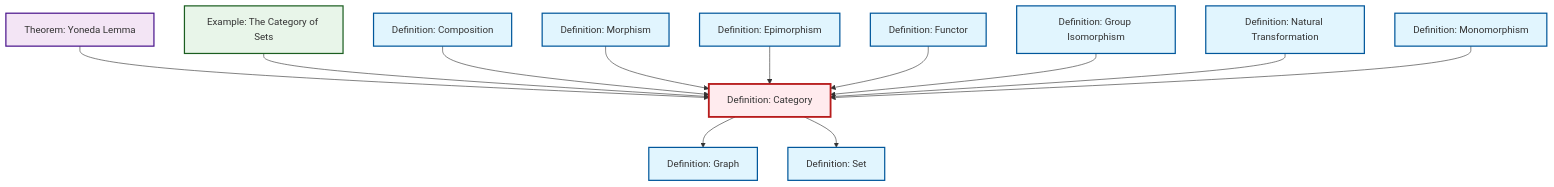
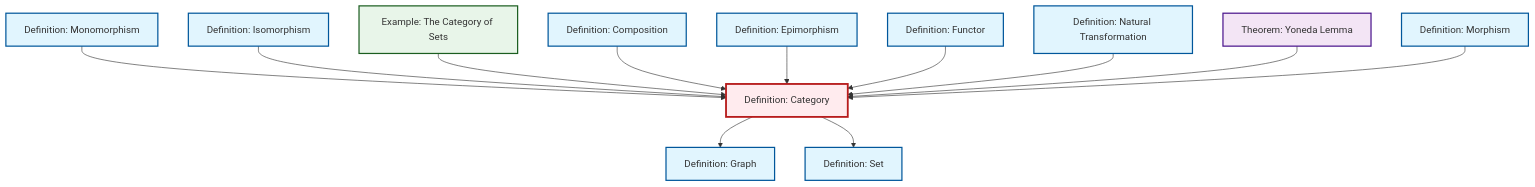
Before and after one commit to RK0429/ModernMath: the diagram in content/en/category-theory/def-category.qmd, drawn with Mermaid. The commit also changed 1069 other files, not shown here.

````diff
--- a/content/en/category-theory/def-category.qmd
+++ b/content/en/category-theory/def-category.qmd
@@ -47,44 +47,44 @@
 ```{mermaid}
 %%| fig-cap: "Local dependency graph"
 graph TD
     classDef definition fill:#e1f5fe,stroke:#01579b,stroke-width:2px
     classDef theorem fill:#f3e5f5,stroke:#4a148c,stroke-width:2px
     classDef axiom fill:#fff3e0,stroke:#e65100,stroke-width:2px
     classDef example fill:#e8f5e9,stroke:#1b5e20,stroke-width:2px
     classDef current fill:#ffebee,stroke:#b71c1c,stroke-width:3px
+    def-monomorphism["Definition: Monomorphism"]:::definition
+    def-category["Definition: Category"]:::definition
+    def-graph["Definition: Graph"]:::definition
     def-set["Definition: Set"]:::definition
-    def-graph["Definition: Graph"]:::definition
-    def-isomorphism["Definition: Group Isomorphism"]:::definition
-    def-functor["Definition: Functor"]:::definition
+    thm-yoneda["Theorem: Yoneda Lemma"]:::theorem
+    def-epimorphism["Definition: Epimorphism"]:::definition
+    def-isomorphism["Definition: Isomorphism"]:::definition
     def-natural-transformation["Definition: Natural Transformation"]:::definition
-    def-epimorphism["Definition: Epimorphism"]:::definition
-    def-category["Definition: Category"]:::definition
-    def-morphism["Definition: Morphism"]:::definition
-    thm-yoneda["Theorem: Yoneda Lemma"]:::theorem
     def-composition["Definition: Composition"]:::definition
     ex-set-category["Example: The Category of Sets"]:::example
-    def-monomorphism["Definition: Monomorphism"]:::definition
-    thm-yoneda --> def-category
+    def-morphism["Definition: Morphism"]:::definition
+    def-functor["Definition: Functor"]:::definition
+    def-category --> def-graph
+    def-monomorphism --> def-category
+    def-isomorphism --> def-category
     ex-set-category --> def-category
-    def-category --> def-graph
     def-composition --> def-category
-    def-category --> def-set
-    def-morphism --> def-category
     def-epimorphism --> def-category
     def-functor --> def-category
-    def-isomorphism --> def-category
     def-natural-transformation --> def-category
-    def-monomorphism --> def-category
+    thm-yoneda --> def-category
+    def-morphism --> def-category
+    def-category --> def-set
     class def-category current
+    click def-monomorphism "def-monomorphism.html" "Go to Monomorphism definition"
+    click def-graph "def-graph.html" "Go to Graph definition"
     click def-set "def-set.html" "Go to Set definition"
-    click def-graph "def-graph.html" "Go to Graph definition"
-    click def-isomorphism "def-isomorphism.html" "Go to Group Isomorphism definition"
-    click def-functor "def-functor.html" "Go to Functor definition"
+    click thm-yoneda "thm-yoneda.html" "Go to Yoneda Lemma theorem"
+    click def-epimorphism "def-epimorphism.html" "Go to Epimorphism definition"
+    click def-isomorphism "def-isomorphism.html" "Go to Isomorphism definition"
     click def-natural-transformation "def-natural-transformation.html" "Go to Natural Transformation definition"
-    click def-epimorphism "def-epimorphism.html" "Go to Epimorphism definition"
-    click def-morphism "def-morphism.html" "Go to Morphism definition"
-    click thm-yoneda "thm-yoneda.html" "Go to Yoneda Lemma theorem"
     click def-composition "def-composition.html" "Go to Composition definition"
     click ex-set-category "ex-set-category.html" "Go to The Category of Sets example"
-    click def-monomorphism "def-monomorphism.html" "Go to Monomorphism definition"
+    click def-morphism "def-morphism.html" "Go to Morphism definition"
+    click def-functor "def-functor.html" "Go to Functor definition"
 ```
````
